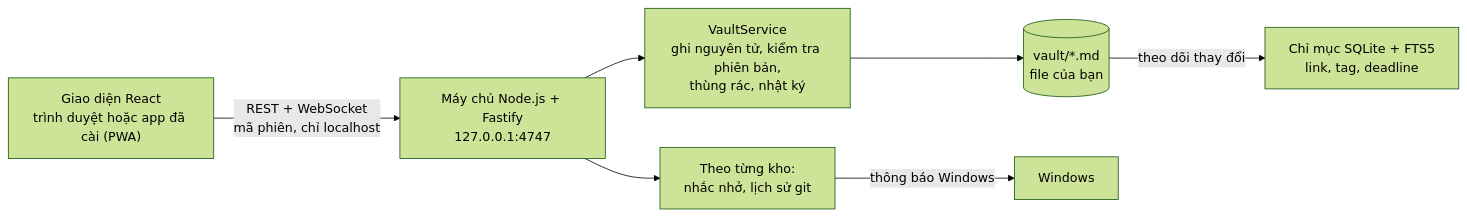
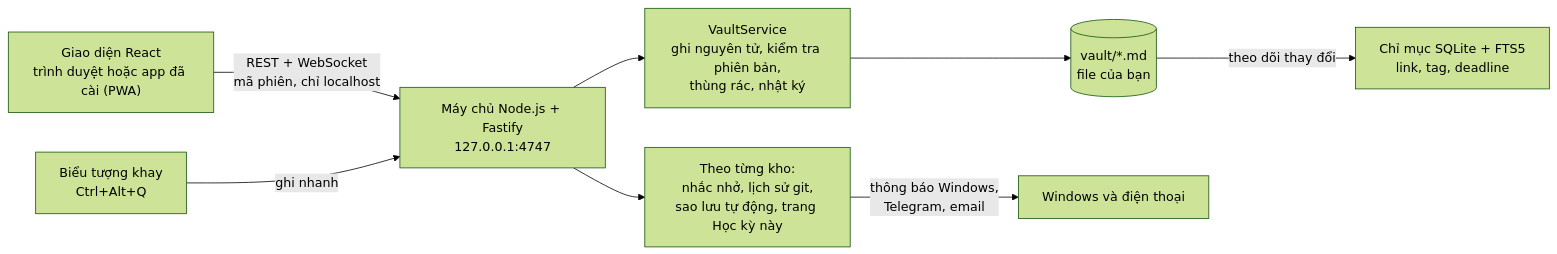
One commit to khangnk144/SECONDBRAIN changed the diagram in README.md. Above: the diagram before and after it, drawn with Mermaid (forest theme). The commit also changed other lines of this file and 491 other files, not shown here.

````diff
--- a/README.md
+++ b/README.md
@@ -122,9 +136,10 @@
 ```mermaid
 flowchart LR
   UI["Giao diện React<br/>trình duyệt hoặc app đã cài (PWA)"] -- "REST + WebSocket<br/>mã phiên, chỉ localhost" --> S["Máy chủ Node.js + Fastify<br/>127.0.0.1:4747"]
   S --> V["VaultService<br/>ghi nguyên tử, kiểm tra phiên bản,<br/>thùng rác, nhật ký"]
   V --> F[("vault/*.md<br/>file của bạn")]
   F -- "theo dõi thay đổi" --> I["Chỉ mục SQLite + FTS5<br/>link, tag, deadline"]
-  S --> P["Theo từng kho:<br/>nhắc nhở, lịch sử git"]
-  P -- "thông báo Windows" --> W["Windows"]
+  S --> P["Theo từng kho:<br/>nhắc nhở, lịch sử git,<br/>sao lưu tự động, trang Học kỳ này"]
+  P -- "thông báo Windows,<br/>Telegram, email" --> W["Windows và điện thoại"]
+  T["Biểu tượng khay<br/>Ctrl+Alt+Q"] -- "ghi nhanh" --> S
 ```
````
